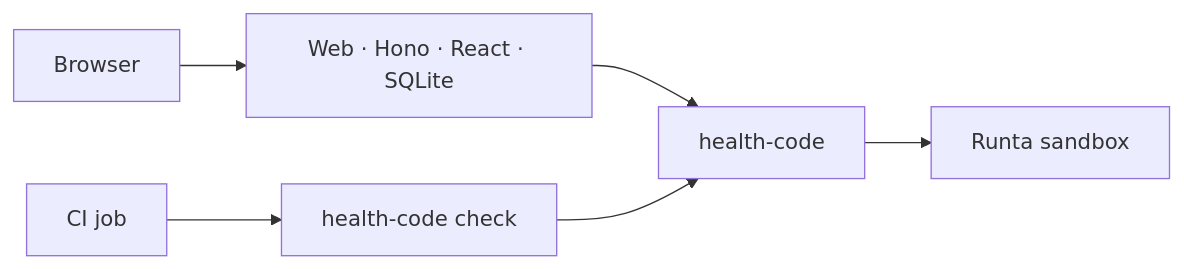
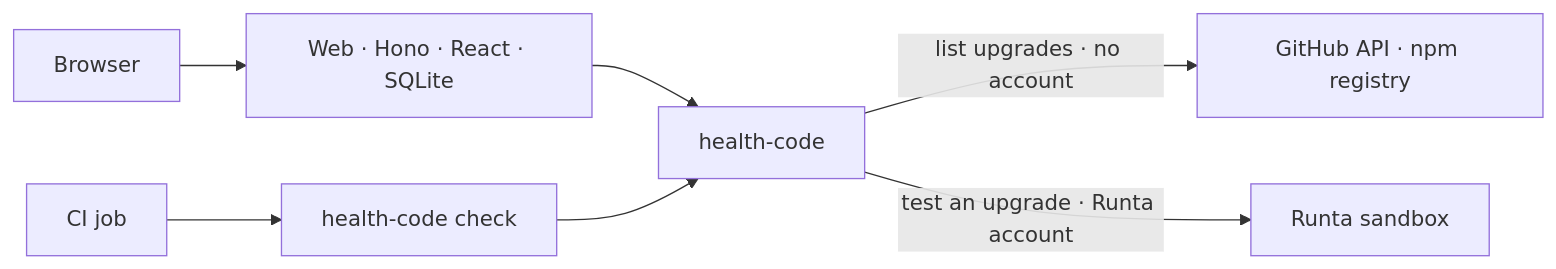
The diagram in README.md (doubleoevan/health-code), drawn with Mermaid before and after one commit. The commit also changed other lines of this file and 169 other files, not shown here.

First line of the commit message:
feat: list upgrades without a sandbox and test any named version

````diff
--- a/README.md
+++ b/README.md
@@ -96,8 +96,9 @@
 ```mermaid
 flowchart LR
   Browser --> Web["Web · Hono · React · SQLite"]
   CI["CI job"] --> Command["health-code check"]
   Web --> Library["health-code"]
   Command --> Library
-  Library --> Runta["Runta sandbox"]
+  Library -- "list upgrades · no account" --> Public["GitHub API · npm registry"]
+  Library -- "test an upgrade · Runta account" --> Runta["Runta sandbox"]
 ```
````
